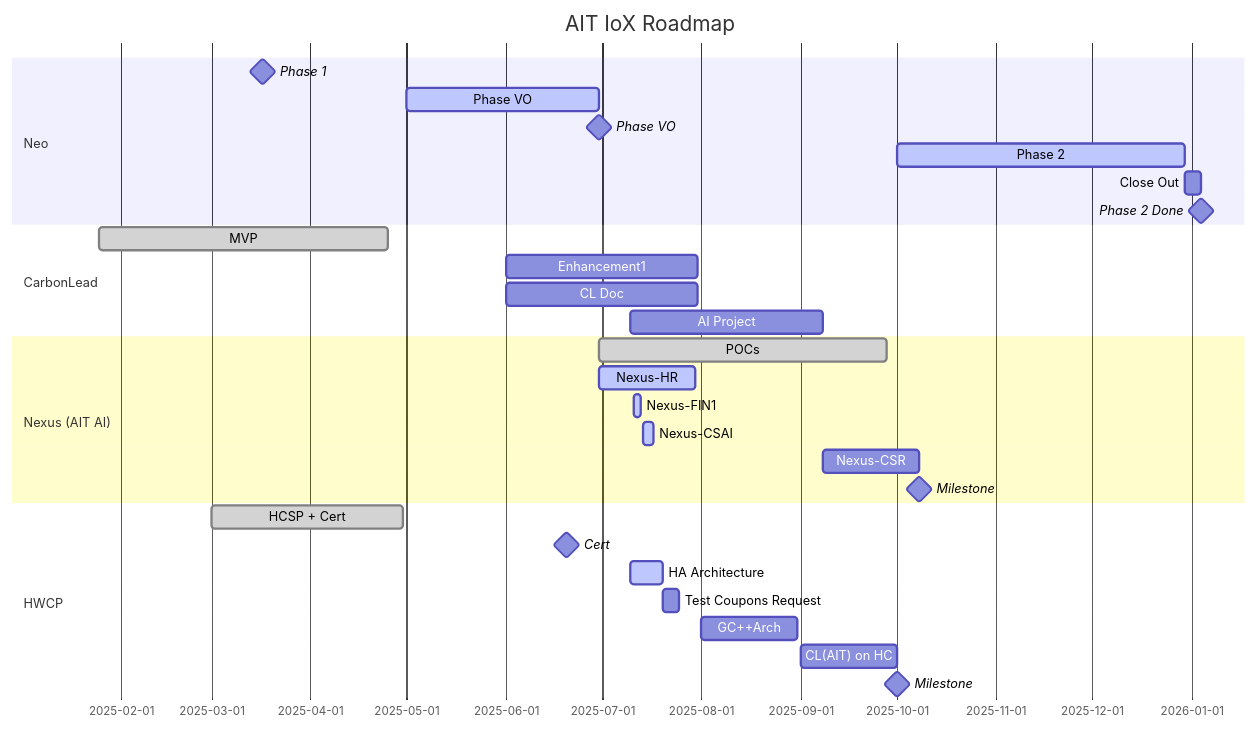
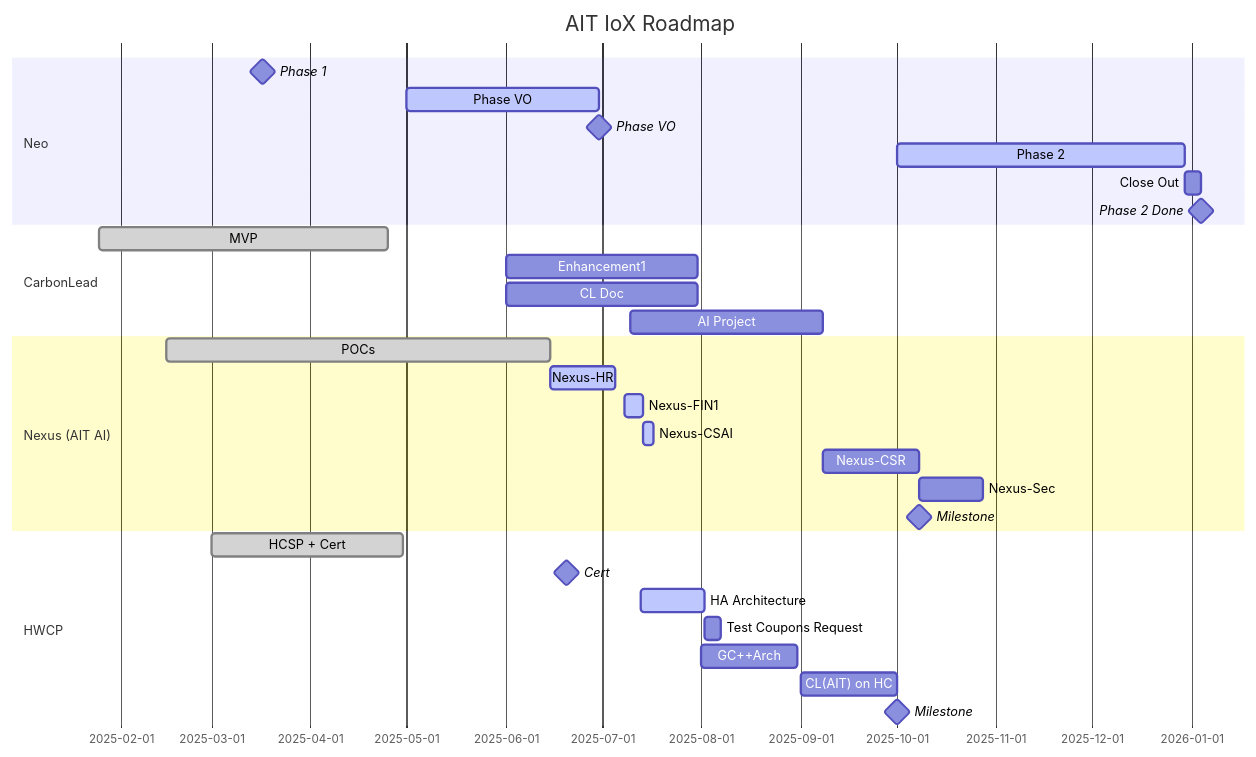
Before and after one commit to Iotonix/diagrams: the diagram in roadmap.md, drawn with Mermaid.

Commit message:
Fix indentation in roadmap sections for better readability

````diff
--- a/roadmap.md
+++ b/roadmap.md
@@ -1,37 +1,37 @@
 ```mermaid
 gantt
     title AIT IoX Roadmap
     dateFormat  YYYY-MM-DD
     
     section Neo 
-    Phase 1       : milestone, neom0, 2025-03-17, 0d
-    Phase VO      : active,neo2, 2025-05-01, 60d
-    Phase VO      : milestone, neom1, after neo2, 0d
-    Phase 2       : active,neo3, 2025-10-01, 90d
-    Close Out     : neo4,after neo3, 5d
-    Phase 2 Done  : milestone, neom2, after neo4, 0d
+        Phase 1       : milestone, neom0, 2025-03-17, 0d
+        Phase VO      : active,neo2, 2025-05-01, 60d
+        Phase VO      : milestone, neom1, after neo2, 0d
+        Phase 2       : active,neo3, 2025-10-01, 90d
+        Close Out     : neo4,after neo3, 5d
+        Phase 2 Done  : milestone, neom2, after neo4, 0d
 
     section CarbonLead 
-    MVP          : done,cl1,2025-01-25, 90d
-    Enhancement1 : active cl2, 2025-06-01, 60d
-    CL Doc       : active cl3, 2025-06-01, 60d
-    AI Project   : cl4,after 2025-08-01, 60d
+        MVP          : done,cl1,2025-01-25, 90d
+        Enhancement1 : active cl2, 2025-06-01, 60d
+        CL Doc       : active cl3, 2025-06-01, 60d
+        AI Project   : cl4,after 2025-08-01, 60d
 
     section Nexus (AIT AI)
-    POCs        : done,a1, 2025-06-30, 90d
-    Nexus-HR    : active,a2, 2025-06-30, 30d
-    Nexus-FIN1  : active,a3, 2025-07-11, 2d
-    Nexus-CSAI  : active,a4, 2025-07-14, 3d
-    Nexus-CSR   : a5, after cl4, 30d
-    Milestone   : milestone, am1, after a5, 0d
+        POCs        : done,a1, 2025-02-15, 120d
+        Nexus-HR    : active,a2, 2025-06-15, 20d
+        Nexus-FIN1  : active,a3, 2025-07-8, 6d
+        Nexus-CSAI  : active,a4, 2025-07-14, 3d
+        Nexus-CSR   : a5, after cl4, 30d
+        Nexus-Sec   : a6, after a5, 20d
+        Milestone   : milestone, am1, after a5, 0d
 
     section HWCP 
-    HCSP + Cert : done,h1, 2025-03-01, 60d
-    Cert        : milestone,hm1, 2025-06-20, 0d
-    HA Architecture : active, h2, 2025-07-10, 10d
-    Test Coupons Request: h3, after h2, 5d
-    GC++Arch :  h4,2025-08-01,30d
-    CL(AIT) on HC :  h5,2025-09-01,30d
-    Milestone   : milestone, hm2, after h5, 0d
-
+        HCSP + Cert : done,h1, 2025-03-01, 60d
+        Cert        : milestone,hm1, 2025-06-20, 0d
+        HA Architecture : active, h2, 2025-07-13, 20d
+        Test Coupons Request: h3, after h2, 5d
+        GC++Arch :  h4,2025-08-01,30d
+        CL(AIT) on HC :  h5,2025-09-01,30d
+        Milestone   : milestone, hm2, after h5, 0d
 ```
````
